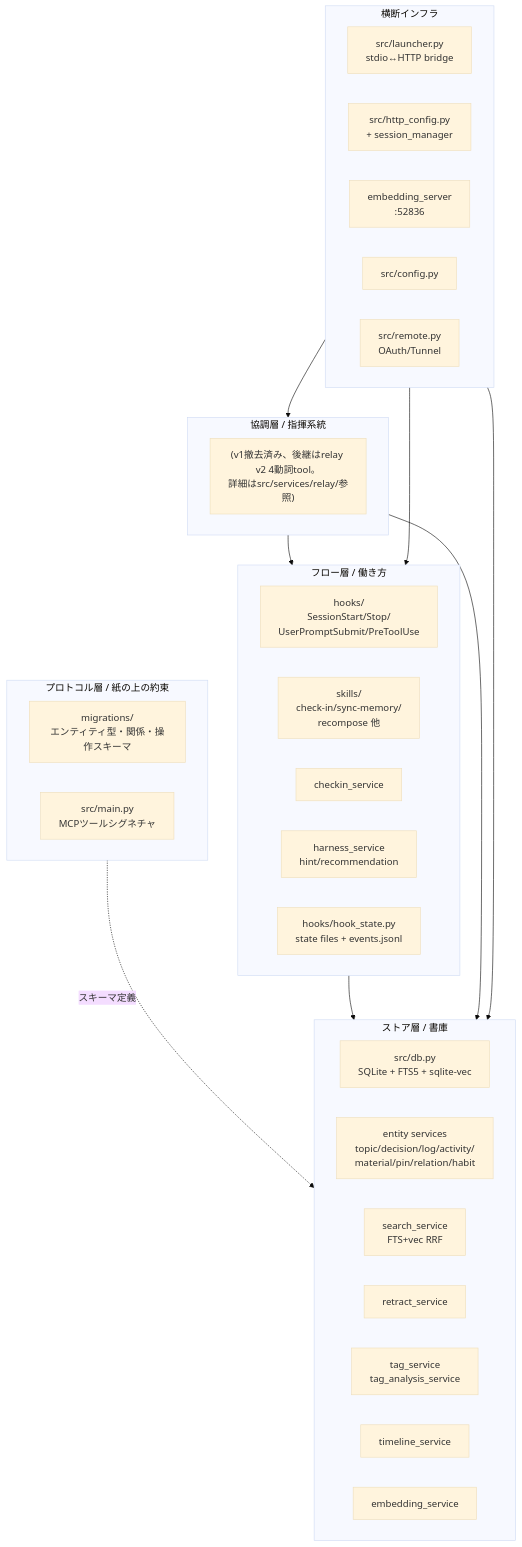
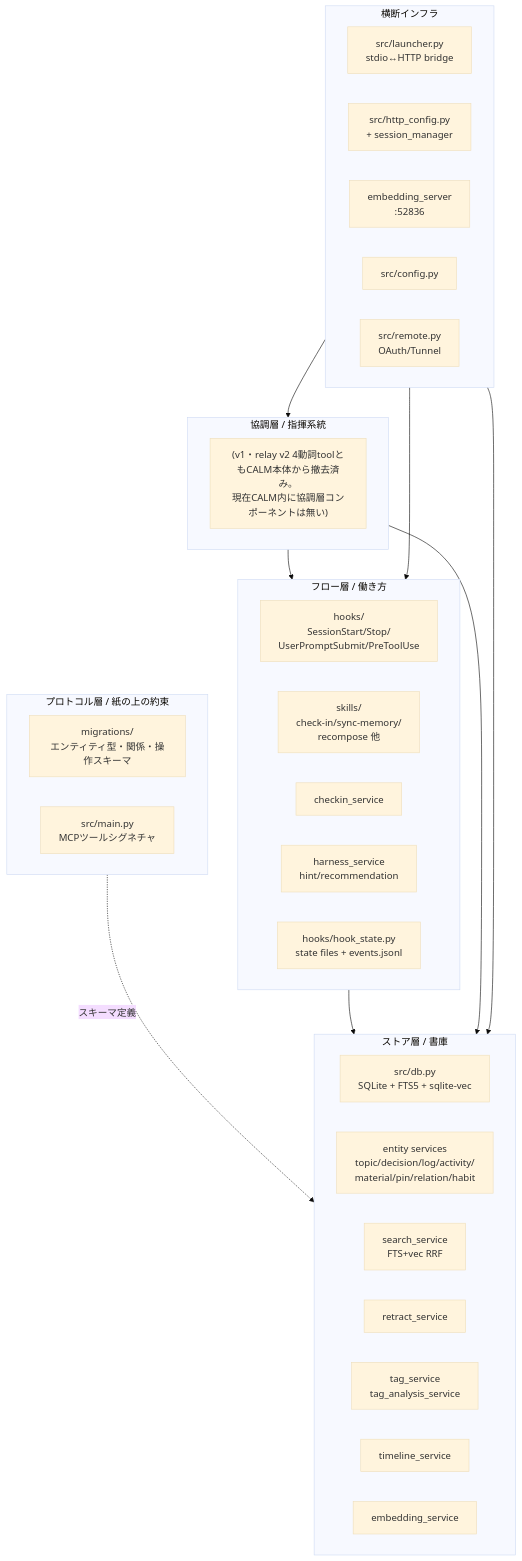
One commit to isizono/calm changed the first of 2 diagrams in docs/architecture/components.md. Above: the diagram before and after it, drawn with Mermaid (base theme). The commit also changed other lines of this file and 84 other files, not shown here.

````diff
--- a/docs/architecture/components.md
+++ b/docs/architecture/components.md
@@ -23,45 +23,45 @@
 ```mermaid
 graph TB
     subgraph Protocol["プロトコル層 / 紙の上の約束"]
         Migrations["migrations/<br/>エンティティ型・関係・操作スキーマ"]
         MCPSchema["src/main.py<br/>MCPツールシグネチャ"]
     end
 
     subgraph Store["ストア層 / 書庫"]
         DB["src/db.py<br/>SQLite + FTS5 + sqlite-vec"]
         EntityServices["entity services<br/>topic/decision/log/activity/<br/>material/pin/relation/habit"]
         SearchService["search_service<br/>FTS+vec RRF"]
         RetractService["retract_service"]
         TagService["tag_service<br/>tag_analysis_service"]
         TimelineService["timeline_service"]
         EmbeddingService["embedding_service"]
     end
 
     subgraph Flow["フロー層 / 働き方"]
         Hooks["hooks/<br/>SessionStart/Stop/<br/>UserPromptSubmit/PreToolUse"]
         Skills["skills/<br/>check-in/sync-memory/<br/>recompose 他"]
         CheckinService["checkin_service"]
         HarnessService["harness_service<br/>hint/recommendation"]
         HookState["hooks/hook_state.py<br/>state files + events.jsonl"]
     end
 
     subgraph Coord["協調層 / 指揮系統"]
-        RelayV2["(v1撤去済み、後継はrelay v2 4動詞tool。<br/>詳細はsrc/services/relay/参照)"]
+        RelayV2["(v1・relay v2 4動詞toolともCALM本体から撤去済み。<br/>現在CALM内に協調層コンポーネントは無い)"]
     end
 
     subgraph Infra["横断インフラ"]
         Launcher["src/launcher.py<br/>stdio↔HTTP bridge"]
         HTTPServer["src/http_config.py<br/>+ session_manager"]
         EmbeddingServer["embedding_server<br/>:52836"]
         Config["src/config.py"]
         Remote["src/remote.py<br/>OAuth/Tunnel"]
     end
 
     Protocol -.スキーマ定義.-> Store
     Flow --> Store
     Coord --> Store
     Coord --> Flow
     Infra --> Store
     Infra --> Flow
     Infra --> Coord
 ```
````
